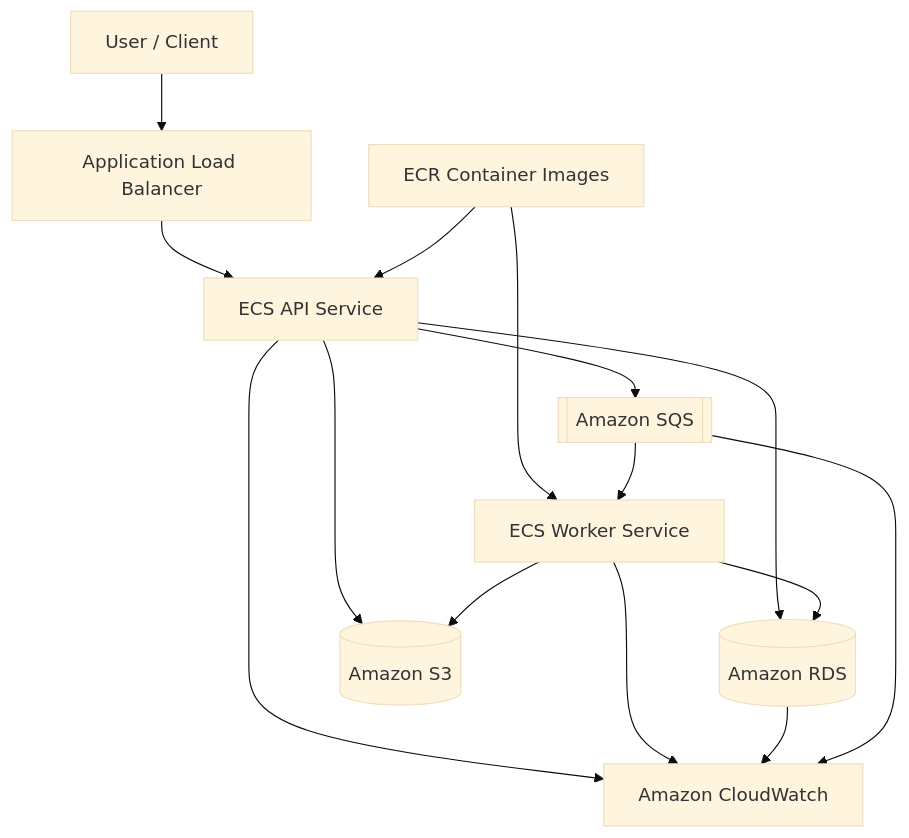
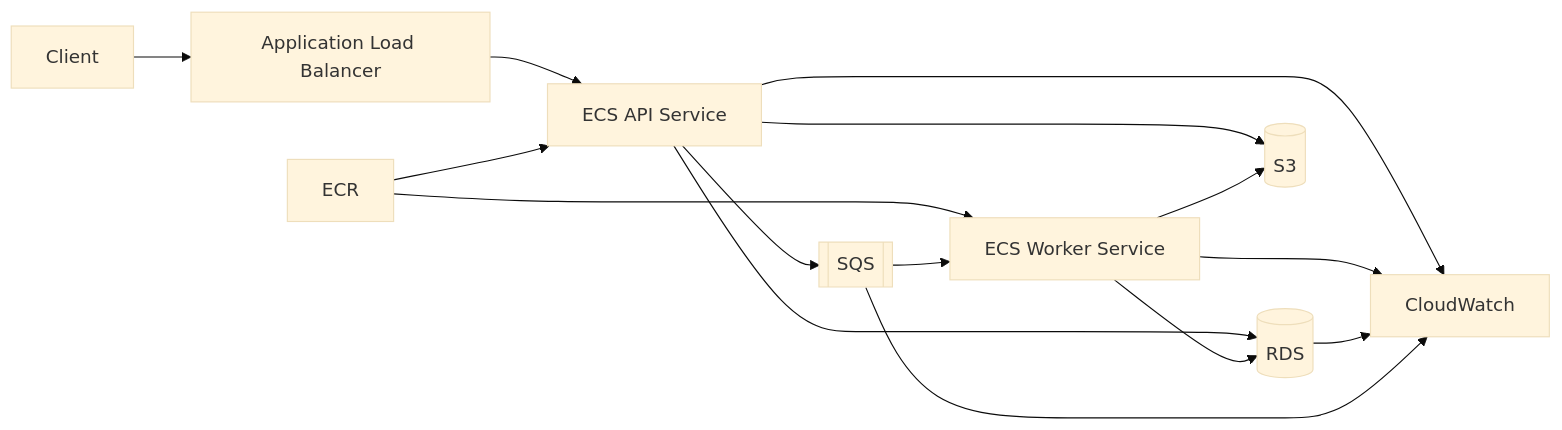
Before and after one commit to AvadhBhalodiya/Interview-Preparation: the first of 9 diagrams in src/content/devops/aws-core-services.md, drawn with Mermaid (base theme). The commit also changed other lines of this file and 54 other files, not shown here.

````diff
--- a/src/content/devops/aws-core-services.md
+++ b/src/content/devops/aws-core-services.md
@@ -22,21 +24,20 @@
 ```mermaid
-flowchart TB
-    User[User / Client] --> ALB[Application Load Balancer]
+flowchart LR
+    Client[Client] --> ALB[Application Load Balancer]
     ALB --> API[ECS API Service]
 
-    ECR[ECR Container Images] --> API
+    ECR[ECR] --> API
     ECR --> Worker[ECS Worker Service]
 
-    API --> RDS[(Amazon RDS)]
-    API --> S3[(Amazon S3)]
-    API --> SQS[[Amazon SQS]]
+    API --> RDS[(RDS)]
+    API --> S3[(S3)]
+    API --> SQS[[SQS]]
+    SQS --> Worker
+    Worker --> S3
+    Worker --> RDS
 
-    SQS --> Worker
-    Worker --> RDS
-    Worker --> S3
-
-    API --> CW[Amazon CloudWatch]
+    API --> CW[CloudWatch]
     Worker --> CW
     RDS --> CW
     SQS --> CW
 ```
````
